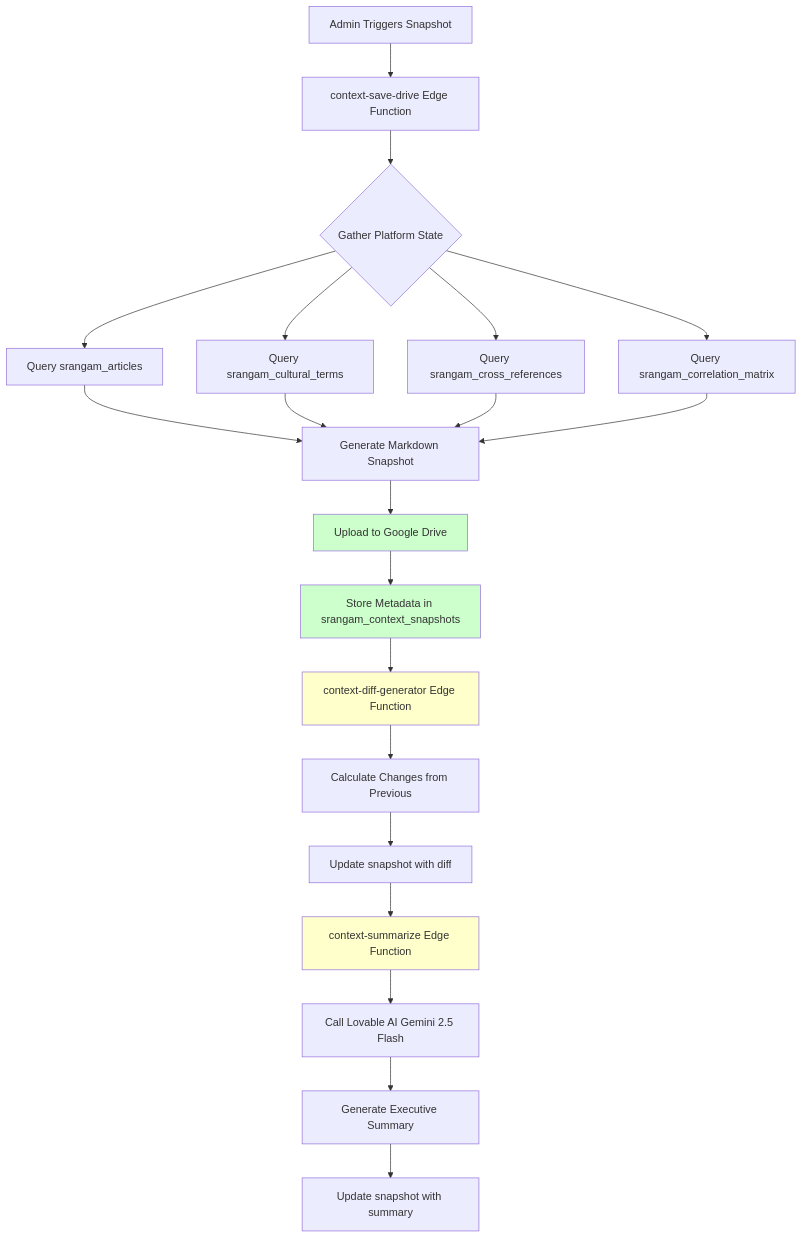
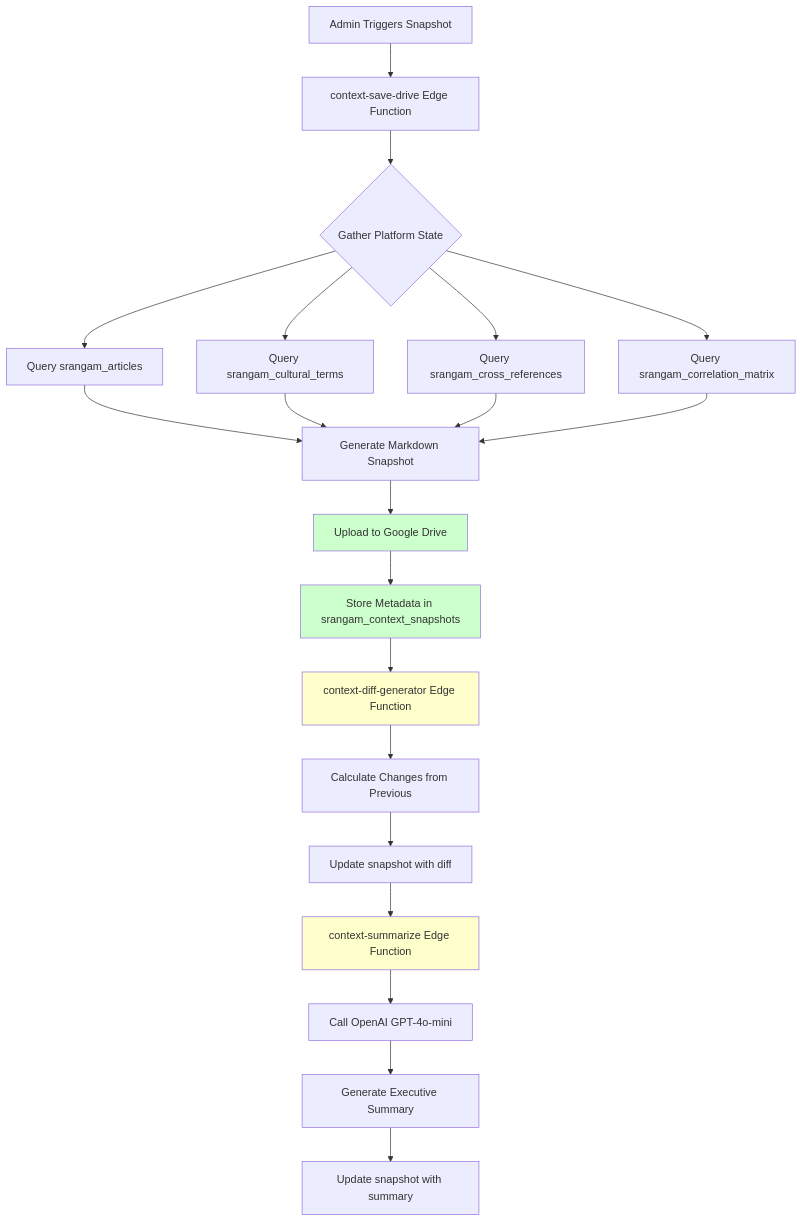
One commit to dhruvrakesh/srangam-42267 changed the diagram in docs/CONTEXT_MANAGEMENT_GUIDE.md. Above: the diagram before and after it, drawn with Mermaid. The commit also changed other lines of this file and 9 other files, not shown here.

````diff
--- a/docs/CONTEXT_MANAGEMENT_GUIDE.md
+++ b/docs/CONTEXT_MANAGEMENT_GUIDE.md
@@ -41,32 +41,32 @@
 ```mermaid
 graph TD
     A[Admin Triggers Snapshot] --> B[context-save-drive Edge Function]
     B --> C{Gather Platform State}
     
     C --> D[Query srangam_articles]
     C --> E[Query srangam_cultural_terms]
     C --> F[Query srangam_cross_references]
     C --> G[Query srangam_correlation_matrix]
     
     D --> H[Generate Markdown Snapshot]
     E --> H
     F --> H
     G --> H
     
     H --> I[Upload to Google Drive]
     I --> J[Store Metadata in srangam_context_snapshots]
     
     J --> K[context-diff-generator Edge Function]
     K --> L[Calculate Changes from Previous]
     L --> M[Update snapshot with diff]
     
     M --> N[context-summarize Edge Function]
-    N --> O[Call Lovable AI Gemini 2.5 Flash]
+    N --> O[Call OpenAI GPT-4o-mini]
     O --> P[Generate Executive Summary]
     P --> Q[Update snapshot with summary]
     
     style I fill:#ccffcc
     style J fill:#ccffcc
     style K fill:#ffffcc
     style N fill:#ffffcc
 ```
````
